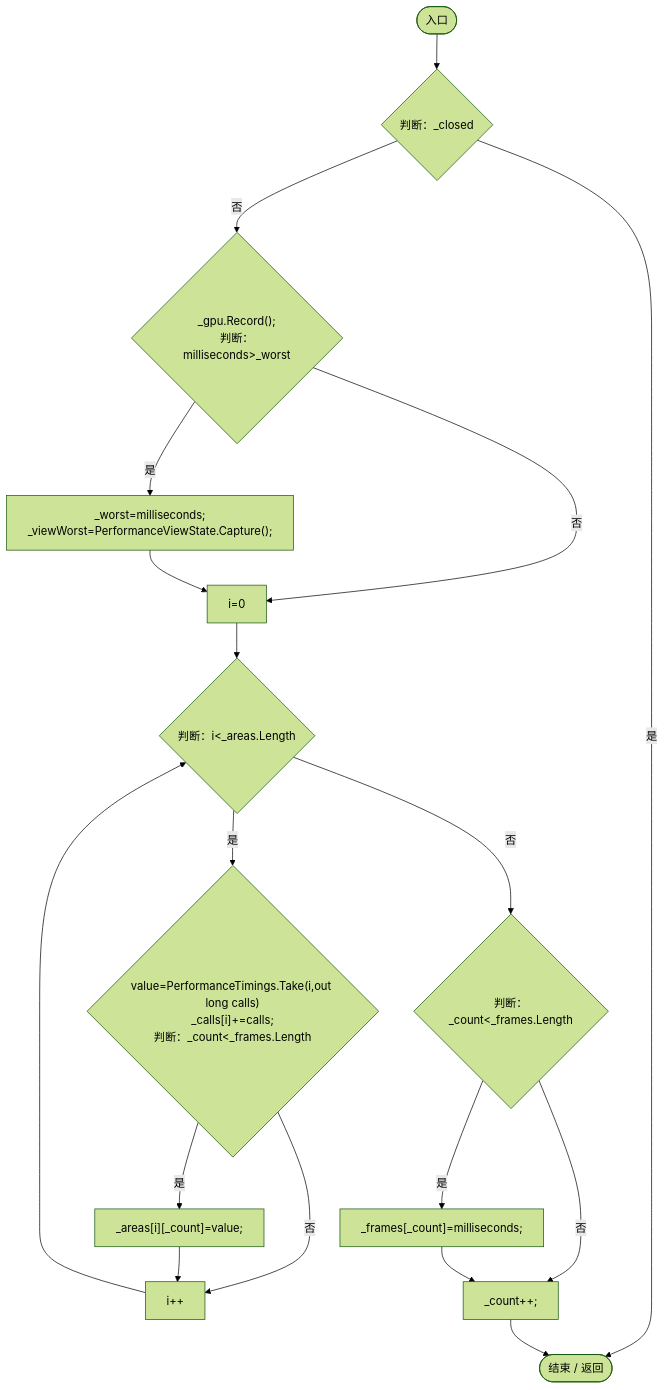
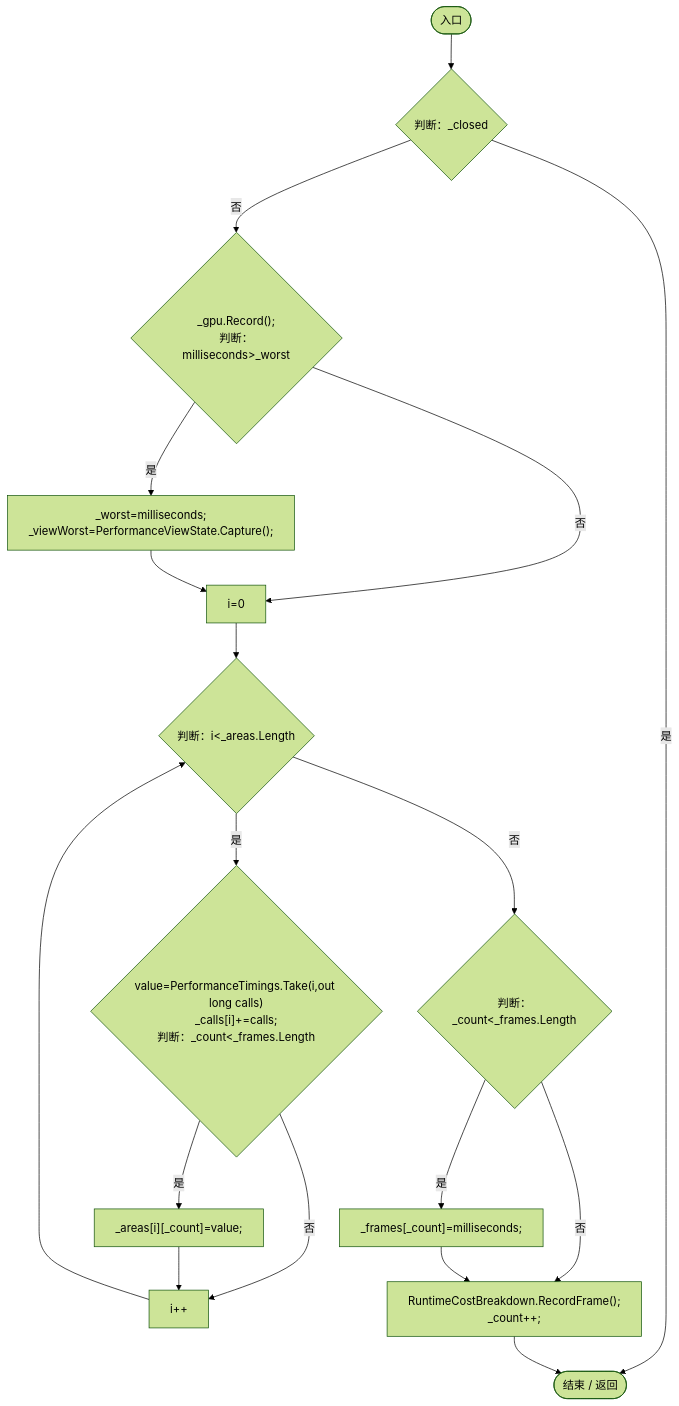
One commit to xhs6666/Darwin_paradise changed diagram 11 of 17 in Docs/运行流程图/脚本/a8403a4c7503726d.md. Above: the diagram before and after it, drawn with Mermaid (forest theme). The commit also changed other lines of this file and 150 other files, not shown here.

````diff
--- a/Docs/运行流程图/脚本/a8403a4c7503726d.md
+++ b/Docs/运行流程图/脚本/a8403a4c7503726d.md
@@ -303,34 +315,34 @@
 ```mermaid
 flowchart TD
   b0(["入口"])
   b1{"判断：_closed"}
   b2{"_gpu.Record();<br/>判断：milliseconds&gt;_worst"}
   b3["_worst=milliseconds;<br/>_viewWorst=PerformanceViewState.Capture();"]
   b4["i=0"]
   b5{"判断：i&lt;_areas.Length"}
   b6{"value=PerformanceTimings.Take(i,out long calls)<br/>_calls[i]+=calls;<br/>判断：_count&lt;_frames.Length"}
   b7["_areas[i][_count]=value;"]
   b8["i++"]
   b9{"判断：_count&lt;_frames.Length"}
   b10["_frames[_count]=milliseconds;"]
-  b11["_count++;"]
+  b11["RuntimeCostBreakdown.RecordFrame();<br/>_count++;"]
   b12(["结束 / 返回"])
   b0 --> b1
   b1 -->|"是"| b12
   b1 -->|"否"| b2
   b2 -->|"是"| b3
   b2 -->|"否"| b4
   b3 --> b4
   b4 --> b5
   b5 -->|"是"| b6
   b5 -->|"否"| b9
   b6 -->|"是"| b7
   b6 -->|"否"| b8
   b7 --> b8
   b8 --> b5
   b9 -->|"是"| b10
   b9 -->|"否"| b11
   b10 --> b11
   b11 --> b12
 
 ```
````
